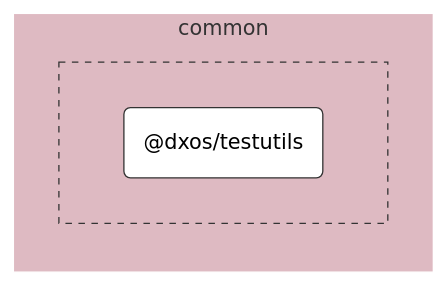
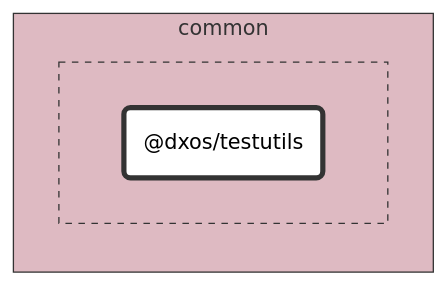
One commit to dxos/dxos changed the diagram in packages/common/testutils/docs/README.md. Above: the diagram before and after it, drawn with Mermaid (neutral theme). The commit also changed 89 other files, not shown here.

````diff
--- a/packages/common/testutils/docs/README.md
+++ b/packages/common/testutils/docs/README.md
@@ -7,24 +7,24 @@
 ```mermaid
 %%{ init: {'flowchart':{'curve':'basis'}} }%%
 
 flowchart LR
 
 %% Classes
 classDef def fill:#fff,stroke:#333,stroke-width:1px
 classDef root fill:#fff,stroke:#333,stroke-width:4px
 
 %% Nodes
 
 subgraph common [common]
-  style common fill:#debac2,stroke:#fff
+  style common fill:#debac2,stroke:#333
 
-  subgraph common-excluded [ ]
-    style common-excluded fill:#debac2,stroke:#333,stroke-dasharray:5 5
-    dxos/testutils("@dxos/testutils"):::def
+  subgraph _ [ ]
+    style _ fill:#debac2,stroke:#333,stroke-dasharray:5 5
+    dxos/testutils("@dxos/testutils"):::root
     click dxos/testutils "dxos/dxos/tree/main/packages/common/testutils/docs"
   end
 end
 
 %% Links
 linkStyle default stroke:#333,stroke-width:1px
 ```
````
